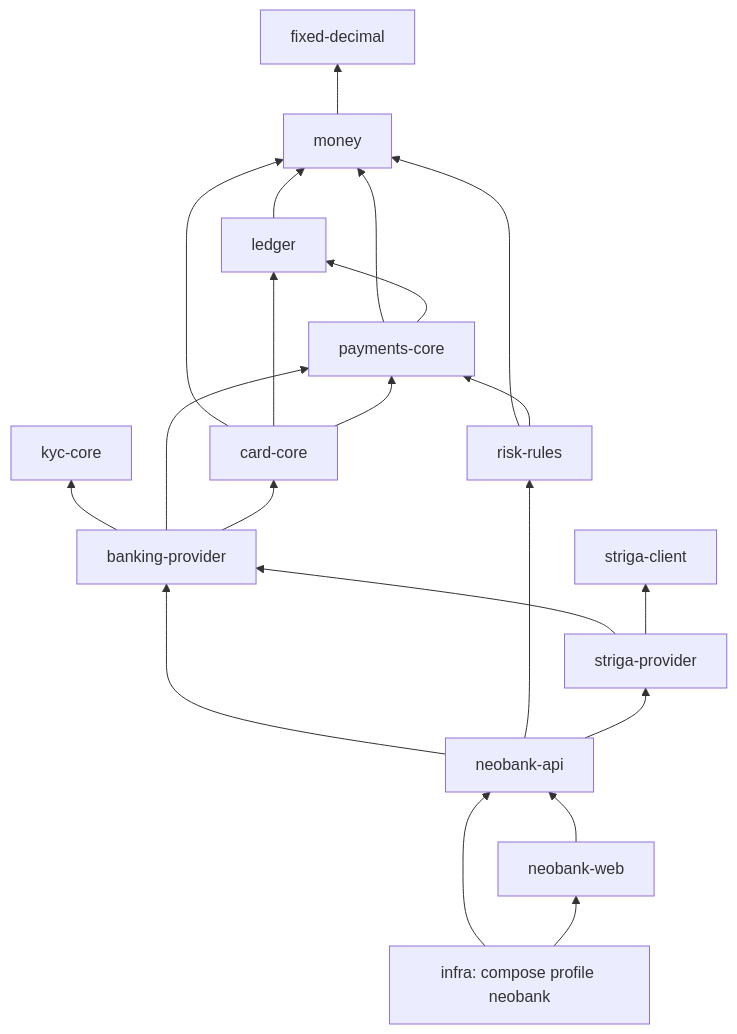
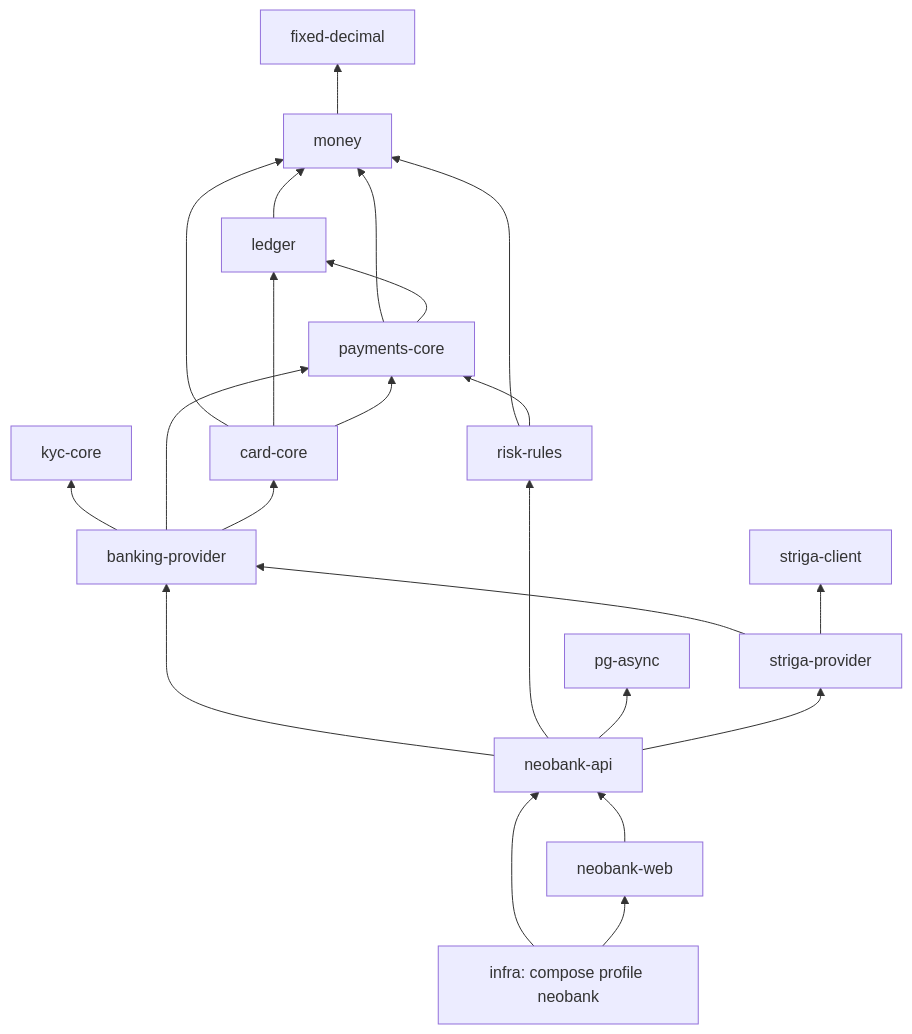
Before and after one commit to winterchill-trading/specs: the second of 4 diagrams in design/neobank.md, drawn with Mermaid. The commit also changed other lines of this file, not shown here.

Commit message:
docs: neobank status for banking libraries, risk-models and pg-async

````diff
--- a/design/neobank.md
+++ b/design/neobank.md
@@ -117,37 +125,39 @@
 ```mermaid
 graph BT
   fixed_decimal["fixed-decimal"]
   money["money"]
   ledger["ledger"]
   kyc_core["kyc-core"]
   payments_core["payments-core"]
   card_core["card-core"]
   risk_rules["risk-rules"]
   banking_provider["banking-provider"]
+  pg_async["pg-async"]
   striga_client["striga-client"]
   striga_provider["striga-provider"]
   neobank_api["neobank-api"]
   neobank_web["neobank-web"]
   compose["infra: compose profile neobank"]
 
   money --> fixed_decimal
   ledger --> money
   payments_core --> money
   payments_core --> ledger
   card_core --> money
   card_core --> ledger
   card_core --> payments_core
   risk_rules --> money
   risk_rules --> payments_core
   banking_provider --> kyc_core
   banking_provider --> payments_core
   banking_provider --> card_core
   striga_provider --> banking_provider
   striga_provider --> striga_client
   neobank_api --> banking_provider
   neobank_api --> risk_rules
+  neobank_api --> pg_async
   neobank_api --> striga_provider
   neobank_web --> neobank_api
   compose --> neobank_api
   compose --> neobank_web
 ```
````
